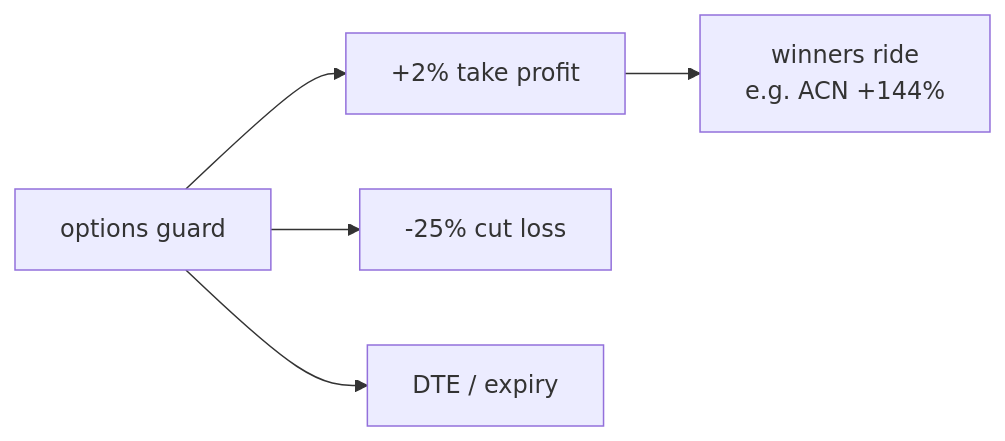
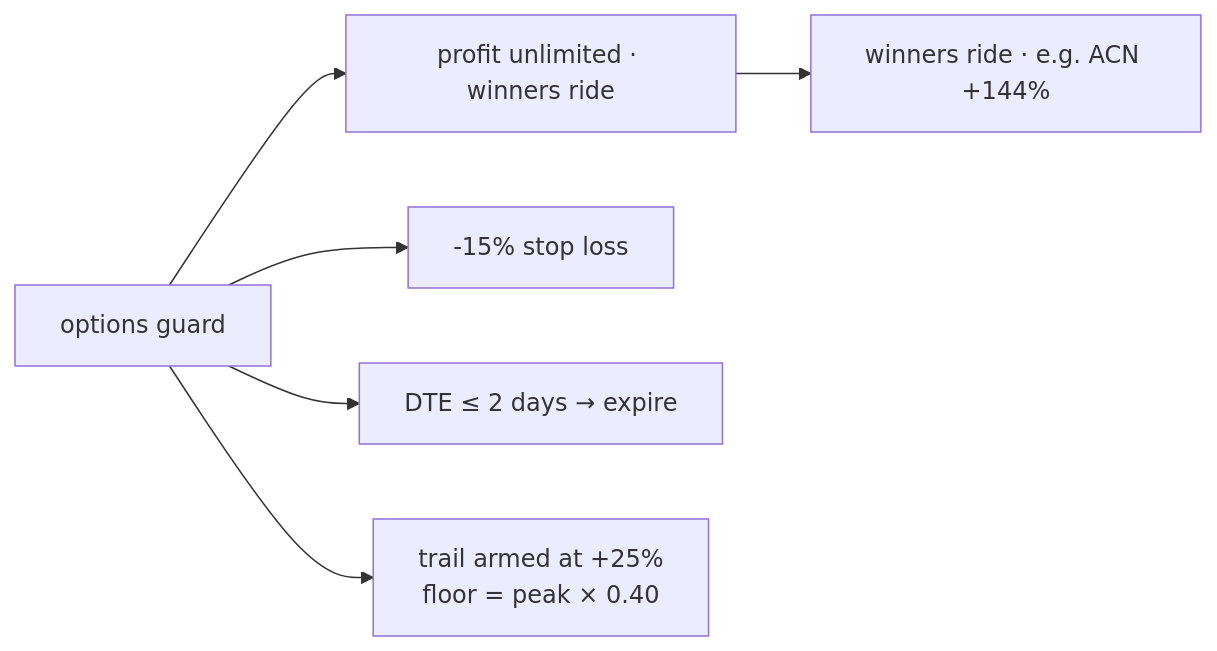
The fourth of 5 diagrams in README.md (Danisosei20/ai-cio-trading-ops), drawn with Mermaid before and after one commit. The commit also changed other lines of this file, not shown here.

````diff
--- a/README.md
+++ b/README.md
@@ -98,7 +119,8 @@
 ```mermaid
 flowchart LR
-    GU[options guard] --> TAKE[+2% take profit]
-    GU --> CUT[-25% cut loss]
-    GU --> DTE[DTE / expiry]
-    TAKE --> RIDE[winners ride\n e.g. ACN +144%]
+    GU[options guard] --> TAKE[profit unlimited · winners ride]
+    GU --> CUT[-15% stop loss]
+    GU --> DTE[DTE ≤ 2 days → expire]
+    GU --> TRAIL[trail armed at +25%\n floor = peak × 0.40]
+    TAKE --> RIDE[winners ride · e.g. ACN +144%]
 ```
````
